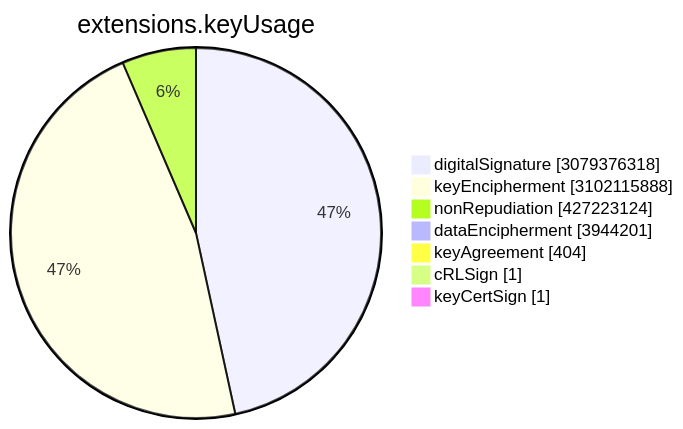
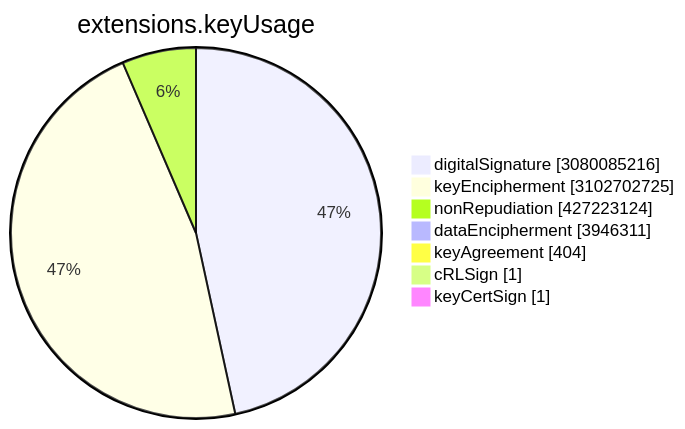
Before and after one commit to christiankrug/ctmonitor_visualization: the sixth of 15 diagrams in TOTAL/README.md, drawn with Mermaid. The commit also changed other lines of this file, not shown here.

````diff
--- a/TOTAL/README.md
+++ b/TOTAL/README.md
@@ -3077,11 +3077,11 @@
 ```mermaid
 pie showData
 title extensions.keyUsage
-"digitalSignature" :3079376318
-"keyEncipherment" :3102115888
+"digitalSignature" :3080085216
+"keyEncipherment" :3102702725
 "nonRepudiation" :427223124
-"dataEncipherment" :3944201
+"dataEncipherment" :3946311
 "keyAgreement" :404
 "cRLSign" :1
 "keyCertSign" :1
 ```
````
